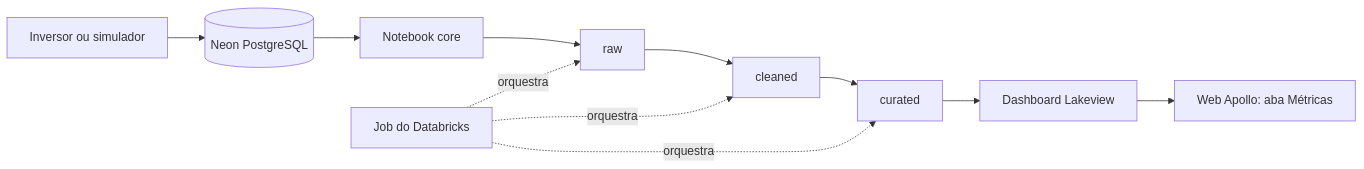
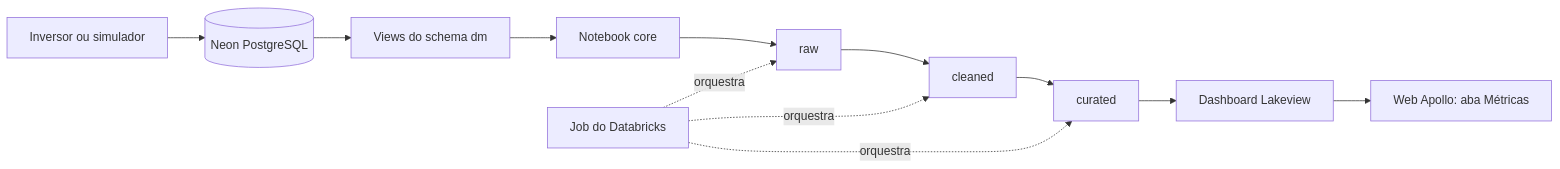
Before and after one commit to ApolloOficial/Apollo-BI: the diagram in README.md, drawn with Mermaid. The commit also changed other lines of this file, not shown here.

````diff
--- a/README.md
+++ b/README.md
@@ -83,13 +118,14 @@
 ```mermaid
 flowchart LR
     I[Inversor ou simulador] --> N[(Neon PostgreSQL)]
-    N --> C[Notebook core]
+    N --> DM[Views do schema dm]
+    DM --> C[Notebook core]
     C --> R[raw]
     R --> CL[cleaned]
     CL --> CU[curated]
     CU --> D[Dashboard Lakeview]
     D --> W[Web Apollo: aba Métricas]
     J[Job do Databricks] -. orquestra .-> R
     J -. orquestra .-> CL
     J -. orquestra .-> CU
 ```
````
